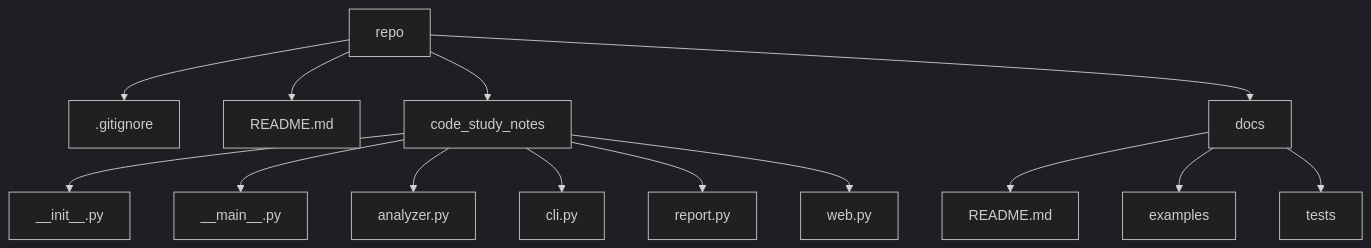
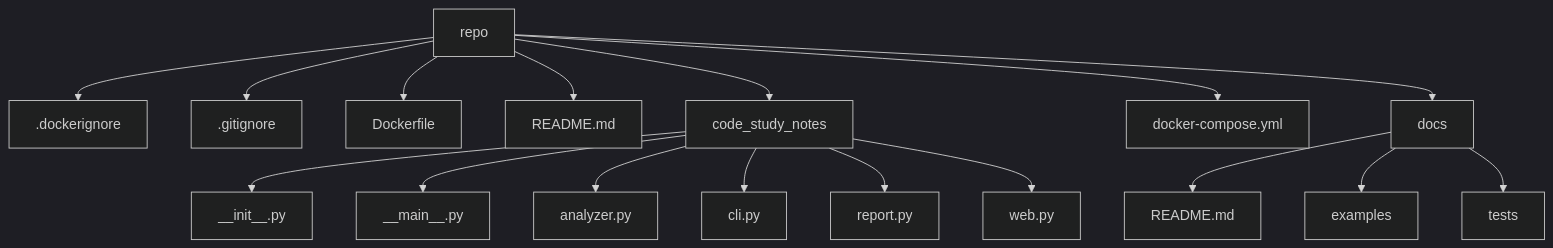
Before and after one commit to JWJW000/code-study-notes: the diagram in out/study-notes.md, drawn with Mermaid (dark theme). The commit also changed other lines of this file and 5 other files, not shown here.

````diff
--- a/out/study-notes.md
+++ b/out/study-notes.md
@@ -47,17 +55,20 @@
 ```mermaid
 graph TD
   root["repo"]
-  root --> n1[".gitignore"]
-  root --> n2["README.md"]
-  root --> n3["code_study_notes"]
-  root --> n4["docs"]
-  n3 --> n5["__init__.py"]
-  n3 --> n6["__main__.py"]
-  n3 --> n7["analyzer.py"]
-  n3 --> n8["cli.py"]
-  n3 --> n9["report.py"]
-  n3 --> n10["web.py"]
-  n4 --> n11["README.md"]
-  n4 --> n12["examples"]
-  n4 --> n13["tests"]
+  root --> n1[".dockerignore"]
+  root --> n2[".gitignore"]
+  root --> n3["Dockerfile"]
+  root --> n4["README.md"]
+  root --> n5["code_study_notes"]
+  root --> n6["docker-compose.yml"]
+  root --> n7["docs"]
+  n5 --> n8["__init__.py"]
+  n5 --> n9["__main__.py"]
+  n5 --> n10["analyzer.py"]
+  n5 --> n11["cli.py"]
+  n5 --> n12["report.py"]
+  n5 --> n13["web.py"]
+  n7 --> n14["README.md"]
+  n7 --> n15["examples"]
+  n7 --> n16["tests"]
 ```
````
